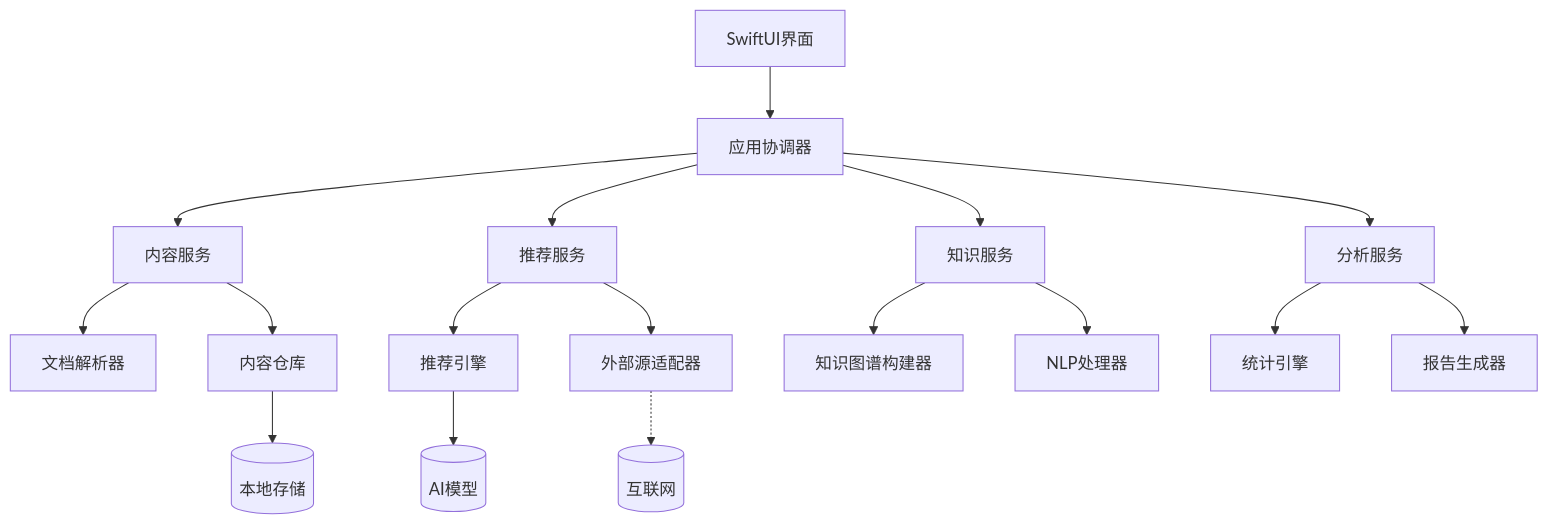
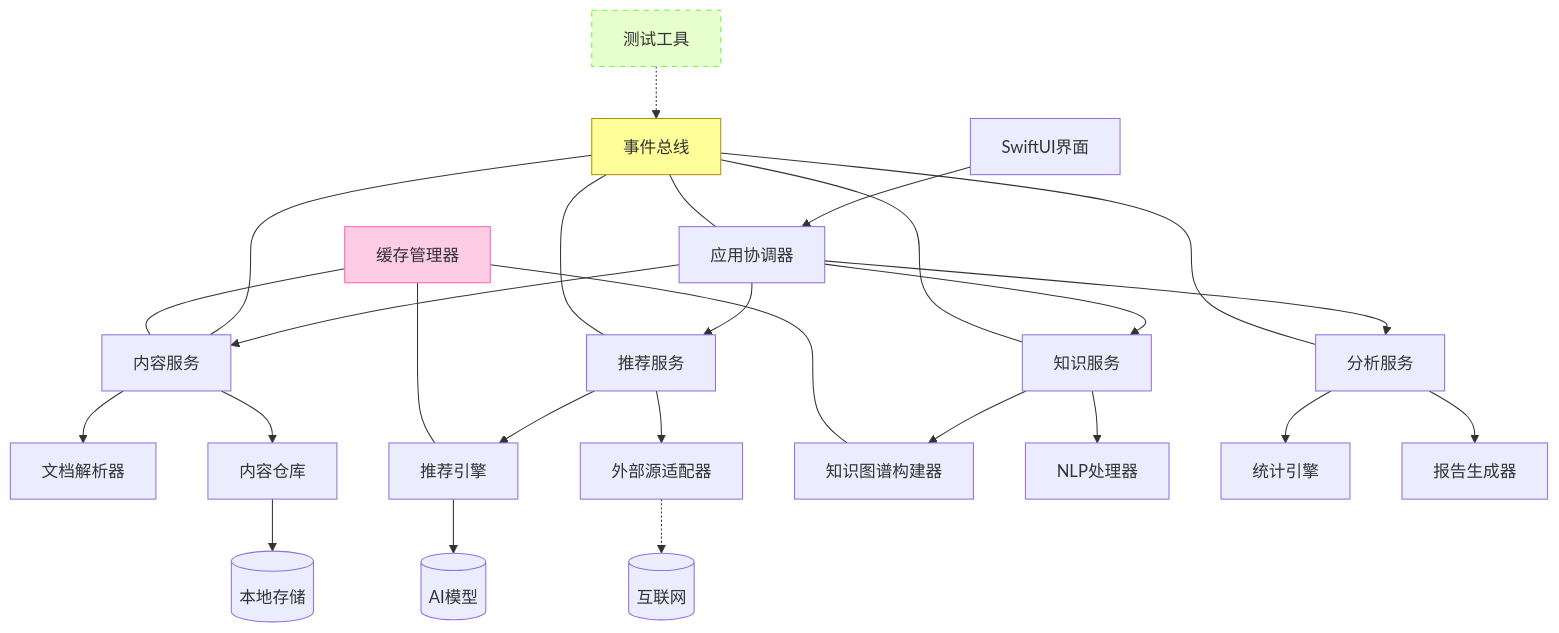
The first of 3 diagrams in MyStartups/NextBook/docs/architecture/ArchDesignMacOsVersion.md (EnigmaWU/MyLLM_Arena), drawn with Mermaid before and after one commit. The commit also changed other lines of this file and 3 other files, not shown here.

````diff
--- a/MyStartups/NextBook/docs/architecture/ArchDesignMacOsVersion.md
+++ b/MyStartups/NextBook/docs/architecture/ArchDesignMacOsVersion.md
@@ -31,24 +31,43 @@
 ```mermaid
 flowchart TD
     UI[SwiftUI界面] --> AppCoordinator[应用协调器]
     AppCoordinator --> ContentService[内容服务]
     AppCoordinator --> RecommendationService[推荐服务]
     AppCoordinator --> KnowledgeService[知识服务]
     AppCoordinator --> AnalyticsService[分析服务]
     
     ContentService --> DocumentParser[文档解析器]
     ContentService --> ContentRepository[内容仓库]
     
     RecommendationService --> RecommendationEngine[推荐引擎]
     RecommendationService --> ExternalSourceAdapter[外部源适配器]
     
     KnowledgeService --> KnowledgeGraphBuilder[知识图谱构建器]
     KnowledgeService --> NLPProcessor[NLP处理器]
     
     AnalyticsService --> StatisticsEngine[统计引擎]
     AnalyticsService --> ReportGenerator[报告生成器]
     
     ContentRepository --> LocalStorage[(本地存储)]
-    RecommendationEngine --> AIModel[(AI模型)]
+    RecommendationEngine --> AIModels[(AI模型)]
     ExternalSourceAdapter -.-> Internet[(互联网)]
+    
+    %% 新增事件总线
+    EventBus[事件总线] --- AppCoordinator
+    EventBus --- ContentService
+    EventBus --- RecommendationService
+    EventBus --- KnowledgeService
+    EventBus --- AnalyticsService
+    
+    %% 新增缓存管理器
+    CacheManager[缓存管理器] --- ContentService
+    CacheManager --- RecommendationEngine
+    CacheManager --- KnowledgeGraphBuilder
+    
+    %% 新增测试组件
+    TestHarness[测试工具] -.-> EventBus
+    
+    style EventBus fill:#ffff99,stroke:#b09000
+    style CacheManager fill:#ffcce6,stroke:#ff66b3
+    style TestHarness fill:#e6ffcc,stroke:#66ff33,stroke-dasharray:5 5
 ```
````
